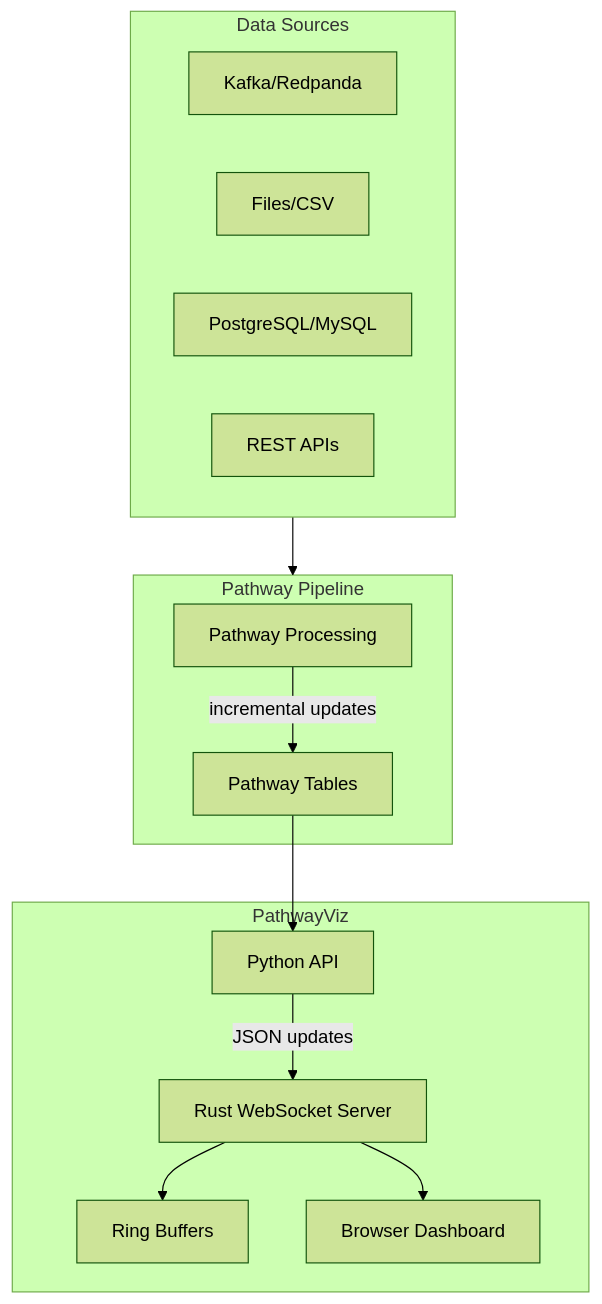
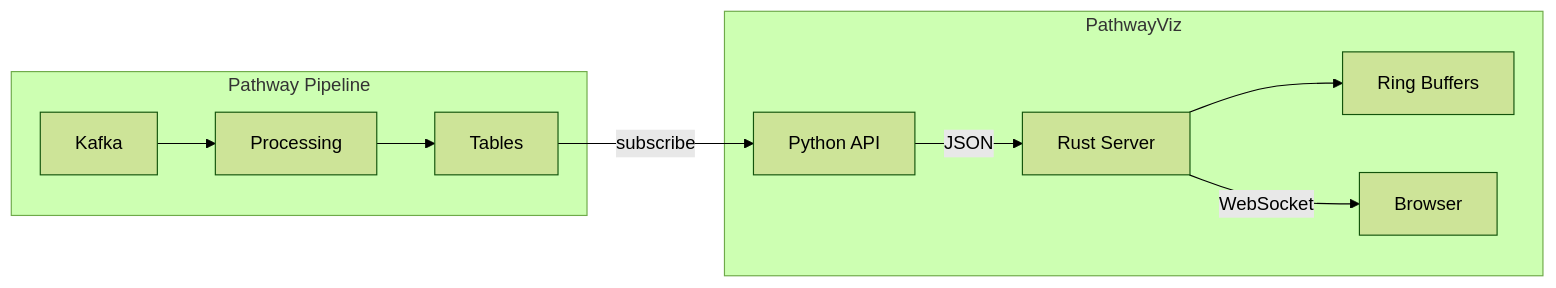
One commit to mvfolino68/pathway-viz changed the diagram in README.md. Above: the diagram before and after it, drawn with Mermaid (forest theme). The commit also changed other lines of this file and 3 other files, not shown here.

First line of the commit message:
Streamline README: Focus on embedding use case, simplify architecture explanation

````diff
--- a/README.md
+++ b/README.md
@@ -53,24 +38,14 @@
 ```mermaid
-flowchart TB
-    subgraph DataSources["Data Sources"]
-        K[Kafka/Redpanda]
-        F[Files/CSV]
-        D[PostgreSQL/MySQL]
-        A[REST APIs]
+flowchart LR
+    subgraph Pathway["Pathway Pipeline"]
+        K[Kafka] --> P[Processing]
+        P --> T[Tables]
     end
 
-    subgraph PathwayEngine["Pathway Pipeline"]
-        P[Pathway Processing]
-        P -->|incremental updates| T[Pathway Tables]
+    subgraph PathwayViz
+        T -->|subscribe| PY[Python API]
+        PY -->|JSON| RS[Rust Server]
+        RS --> RB[Ring Buffers]
+        RS -->|WebSocket| B[Browser]
     end
-
-    subgraph VizLayer["PathwayViz"]
-        PV[Python API]
-        PV -->|JSON updates| RS[Rust WebSocket Server]
-        RS --> RB[Ring Buffers]
-        RS --> B[Browser Dashboard]
-    end
-
-    DataSources --> PathwayEngine
-    T --> PV
 ```
````
